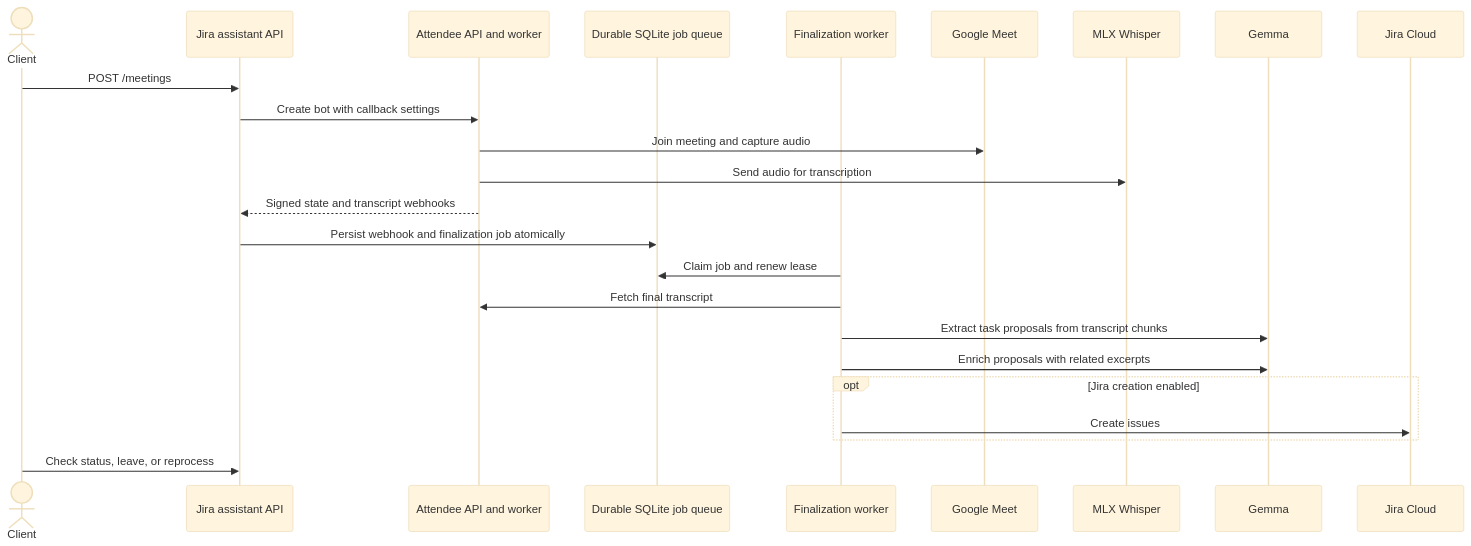
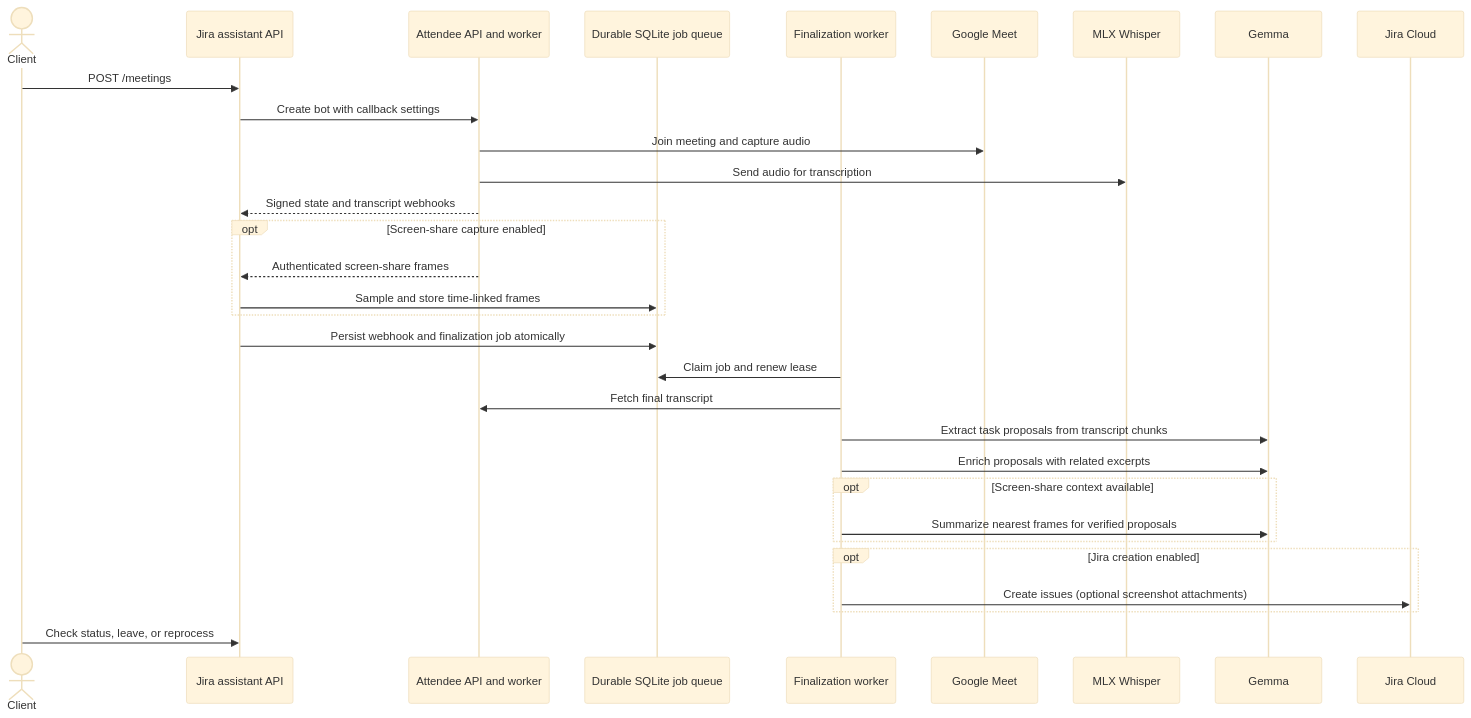
The diagram in README.md (freymend/jira-bot), drawn with Mermaid (base theme) before and after one commit. The commit also changed other lines of this file and 15 other files, not shown here.

````diff
--- a/README.md
+++ b/README.md
@@ -14,27 +14,34 @@
 ```mermaid
 sequenceDiagram
     actor Client
     participant API as Jira assistant API
     participant Attendee as Attendee API and worker
     participant Queue as Durable SQLite job queue
     participant Worker as Finalization worker
     participant Meet as Google Meet
     participant Whisper as MLX Whisper
     participant Gemma
     participant Jira as Jira Cloud
 
     Client->>API: POST /meetings
     API->>Attendee: Create bot with callback settings
     Attendee->>Meet: Join meeting and capture audio
     Attendee->>Whisper: Send audio for transcription
     Attendee-->>API: Signed state and transcript webhooks
+    opt Screen-share capture enabled
+      Attendee-->>API: Authenticated screen-share frames
+      API->>Queue: Sample and store time-linked frames
+    end
     API->>Queue: Persist webhook and finalization job atomically
     Worker->>Queue: Claim job and renew lease
     Worker->>Attendee: Fetch final transcript
     Worker->>Gemma: Extract task proposals from transcript chunks
     Worker->>Gemma: Enrich proposals with related excerpts
+    opt Screen-share context available
+      Worker->>Gemma: Summarize nearest frames for verified proposals
+    end
     opt Jira creation enabled
-      Worker->>Jira: Create issues
+      Worker->>Jira: Create issues (optional screenshot attachments)
     end
     Client->>API: Check status, leave, or reprocess
 ```
````
